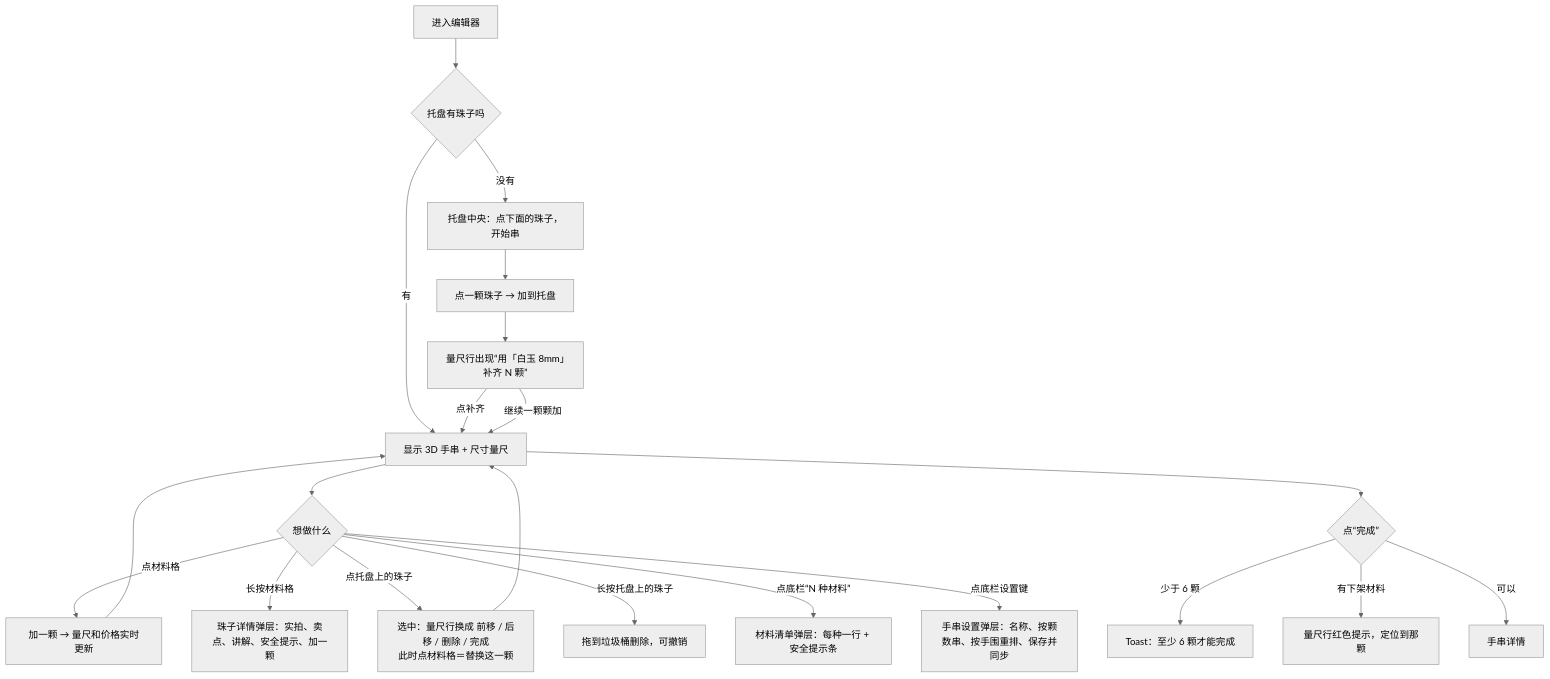
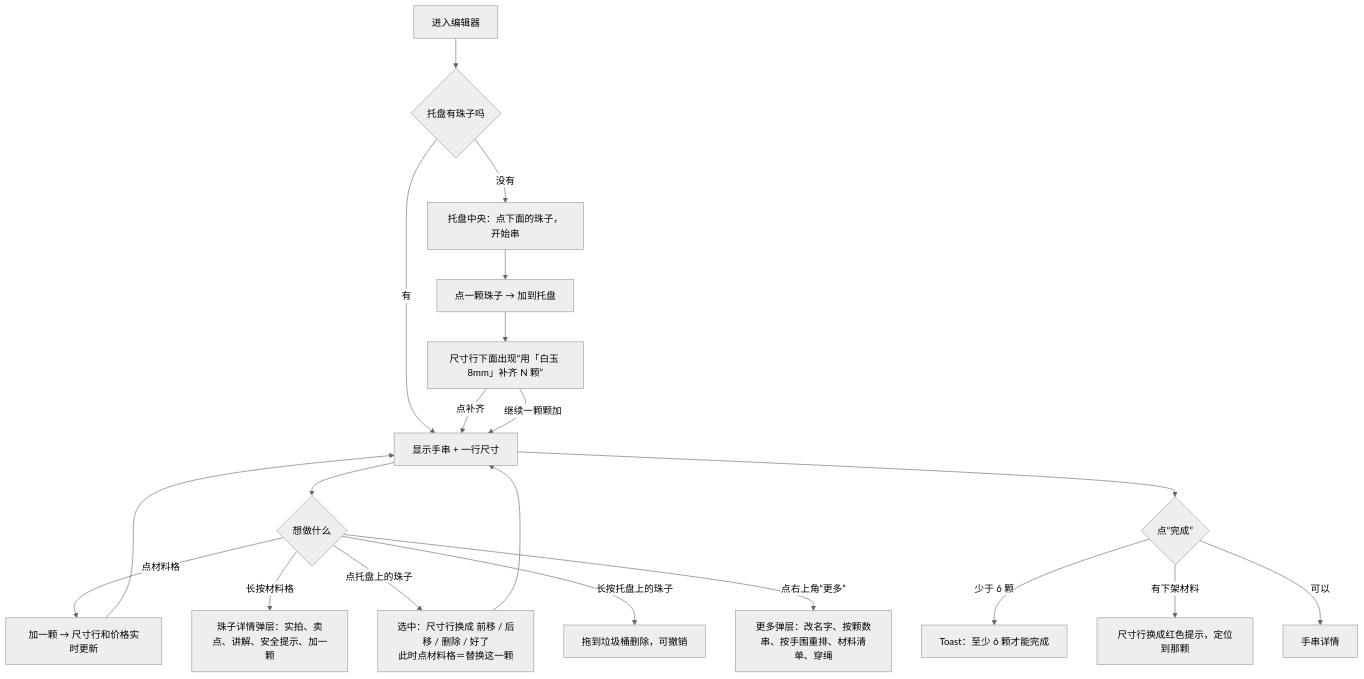
The second of 7 diagrams in docs/design/02-core-flows.md (gachiqachi-netizen/-), drawn with Mermaid (neutral theme) before and after one commit. The commit also changed other lines of this file and 5 other files, not shown here.

````diff
--- a/docs/design/02-core-flows.md
+++ b/docs/design/02-core-flows.md
@@ -70,23 +71,22 @@
 ```mermaid
 flowchart TD
   A[进入编辑器] --> B{托盘有珠子吗}
   B -- 没有 --> C[托盘中央：点下面的珠子，开始串]
-  B -- 有 --> D[显示 3D 手串 + 尺寸量尺]
+  B -- 有 --> D[显示手串 + 一行尺寸]
   C --> E[点一颗珠子 → 加到托盘]
-  E --> F[量尺行出现“用「白玉 8mm」补齐 N 颗”]
+  E --> F[尺寸行下面出现“用「白玉 8mm」补齐 N 颗”]
   F -- 点补齐 --> D
   F -- 继续一颗颗加 --> D
   D --> G{想做什么}
-  G -- 点材料格 --> H[加一颗 → 量尺和价格实时更新]
+  G -- 点材料格 --> H[加一颗 → 尺寸行和价格实时更新]
   G -- 长按材料格 --> I[珠子详情弹层：实拍、卖点、讲解、安全提示、加一颗]
-  G -- 点托盘上的珠子 --> J[选中：量尺行换成 前移 / 后移 / 删除 / 完成<br/>此时点材料格＝替换这一颗]
+  G -- 点托盘上的珠子 --> J[选中：尺寸行换成 前移 / 后移 / 删除 / 好了<br/>此时点材料格＝替换这一颗]
   G -- 长按托盘上的珠子 --> K[拖到垃圾桶删除，可撤销]
-  G -- 点底栏“N 种材料” --> L[材料清单弹层：每种一行 + 安全提示条]
-  G -- 点底栏设置键 --> M[手串设置弹层：名称、按颗数串、按手围重排、保存并同步]
+  G -- 点右上角“更多” --> M[更多弹层：改名字、按颗数串、按手围重排、材料清单、穿绳]
   H --> D
   J --> D
   D --> N{点“完成”}
   N -- 少于 6 颗 --> O[Toast：至少 6 颗才能完成]
-  N -- 有下架材料 --> P[量尺行红色提示，定位到那颗]
+  N -- 有下架材料 --> P[尺寸行换成红色提示，定位到那颗]
   N -- 可以 --> Q[手串详情]
 ```
````
